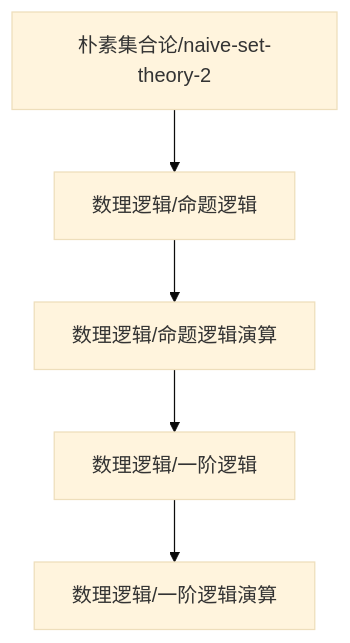
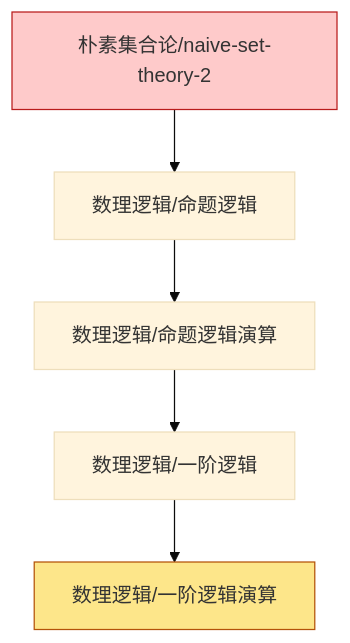
One commit to zeroDtree/zeroDtree.github.io changed the diagram in content/数理逻辑/dependency_graph.md. Above: the diagram before and after it, drawn with Mermaid (base theme). The commit also changed 16 other files, not shown here.

````diff
--- a/content/数理逻辑/dependency_graph.md
+++ b/content/数理逻辑/dependency_graph.md
@@ -1,7 +1,13 @@
 ```mermaid
 graph TD
 1["数理逻辑/一阶逻辑"] --> 0["数理逻辑/一阶逻辑演算"]
 2["数理逻辑/命题逻辑演算"] --> 1["数理逻辑/一阶逻辑"]
 3["数理逻辑/命题逻辑"] --> 2["数理逻辑/命题逻辑演算"]
 5["朴素集合论/naive-set-theory-2"] --> 3["数理逻辑/命题逻辑"]
+classDef leaf fill:#fde68a,stroke:#b45309
+class 0 leaf
+classDef root fill:#bfdbfe,stroke:#1d4ed8
+class 4 root
+classDef externalRoot fill:#fecaca,stroke:#b91c1c
+class 5 externalRoot
 ```
````
